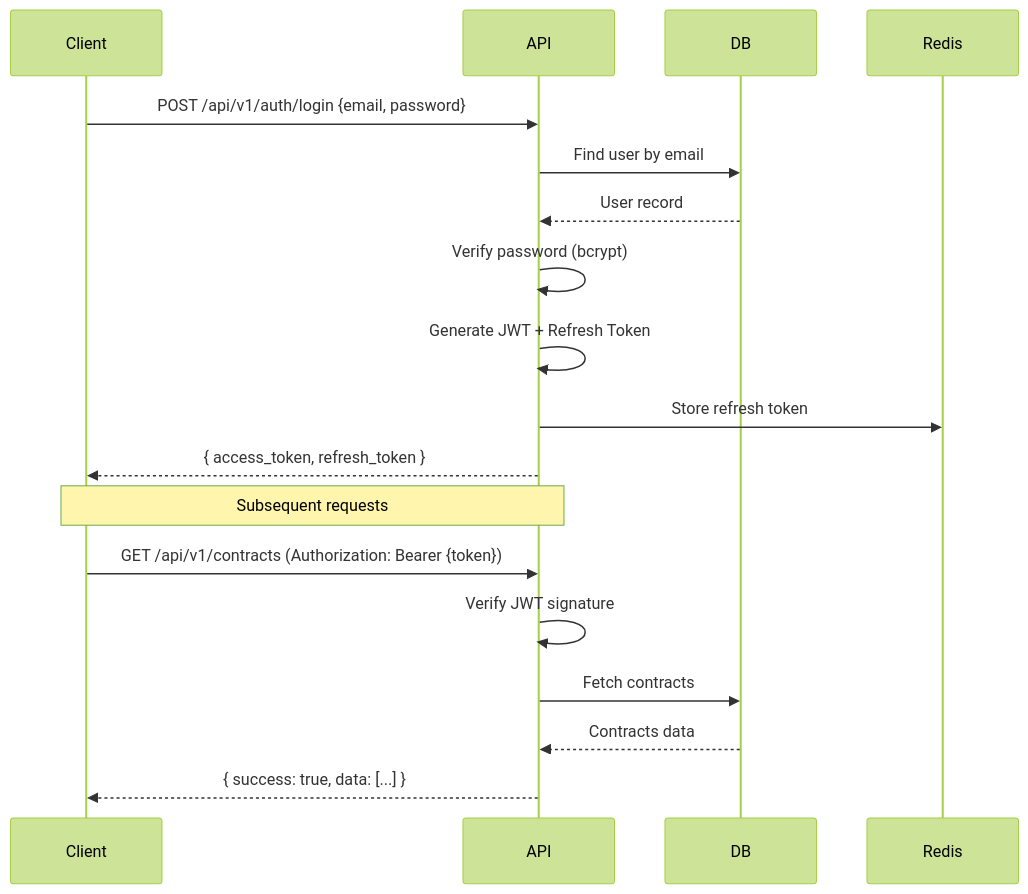
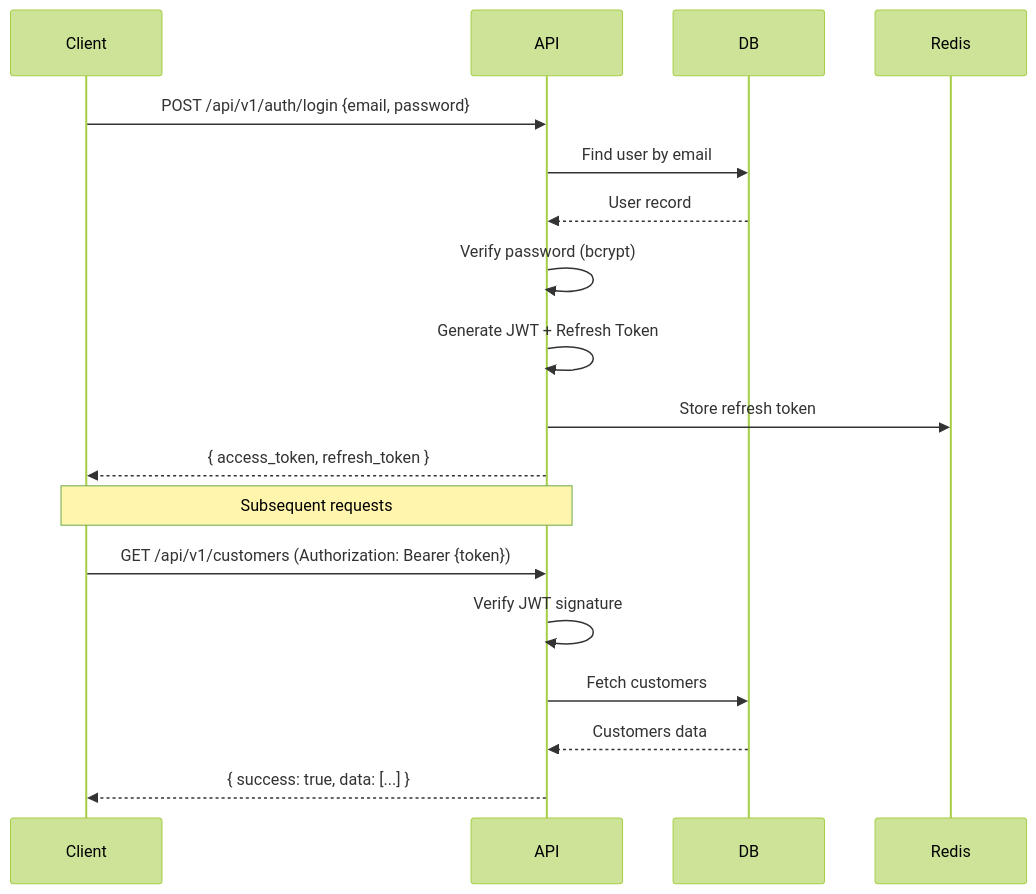
One commit to bovornsakpan-arch/ptl_leasing changed the third of 3 diagrams in docs/00-discovery/02-design/system/SYSTEM_DESIGN.md. Above: the diagram before and after it, drawn with Mermaid (forest theme). The commit also changed other lines of this file and 17 other files, not shown here.

````diff
--- a/docs/00-discovery/02-design/system/SYSTEM_DESIGN.md
+++ b/docs/00-discovery/02-design/system/SYSTEM_DESIGN.md
@@ -120,22 +352,22 @@
 ```mermaid
 sequenceDiagram
     participant Client
     participant API
     participant DB
     participant Redis
 
     Client->>API: POST /api/v1/auth/login {email, password}
     API->>DB: Find user by email
     DB-->>API: User record
     API->>API: Verify password (bcrypt)
     API->>API: Generate JWT + Refresh Token
     API->>Redis: Store refresh token
     API-->>Client: { access_token, refresh_token }
 
     Note over Client, API: Subsequent requests
-    Client->>API: GET /api/v1/contracts (Authorization: Bearer {token})
+    Client->>API: GET /api/v1/customers (Authorization: Bearer {token})
     API->>API: Verify JWT signature
-    API->>DB: Fetch contracts
-    DB-->>API: Contracts data
+    API->>DB: Fetch customers
+    DB-->>API: Customers data
     API-->>Client: { success: true, data: [...] }
 ```
````
